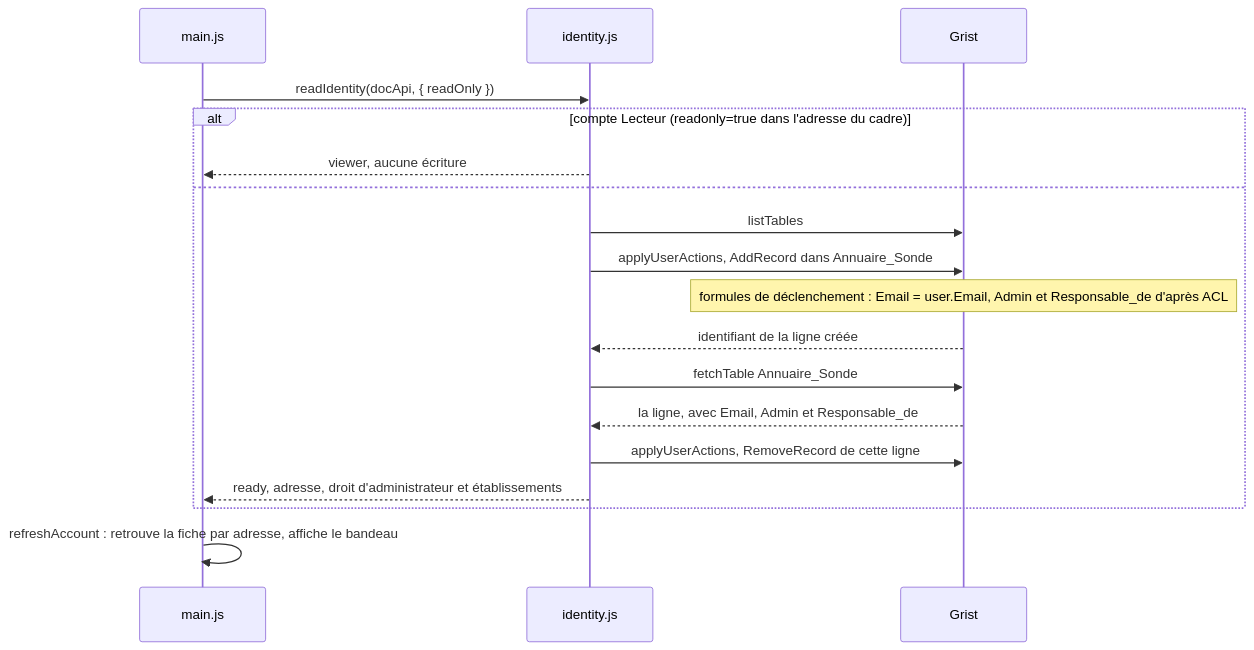
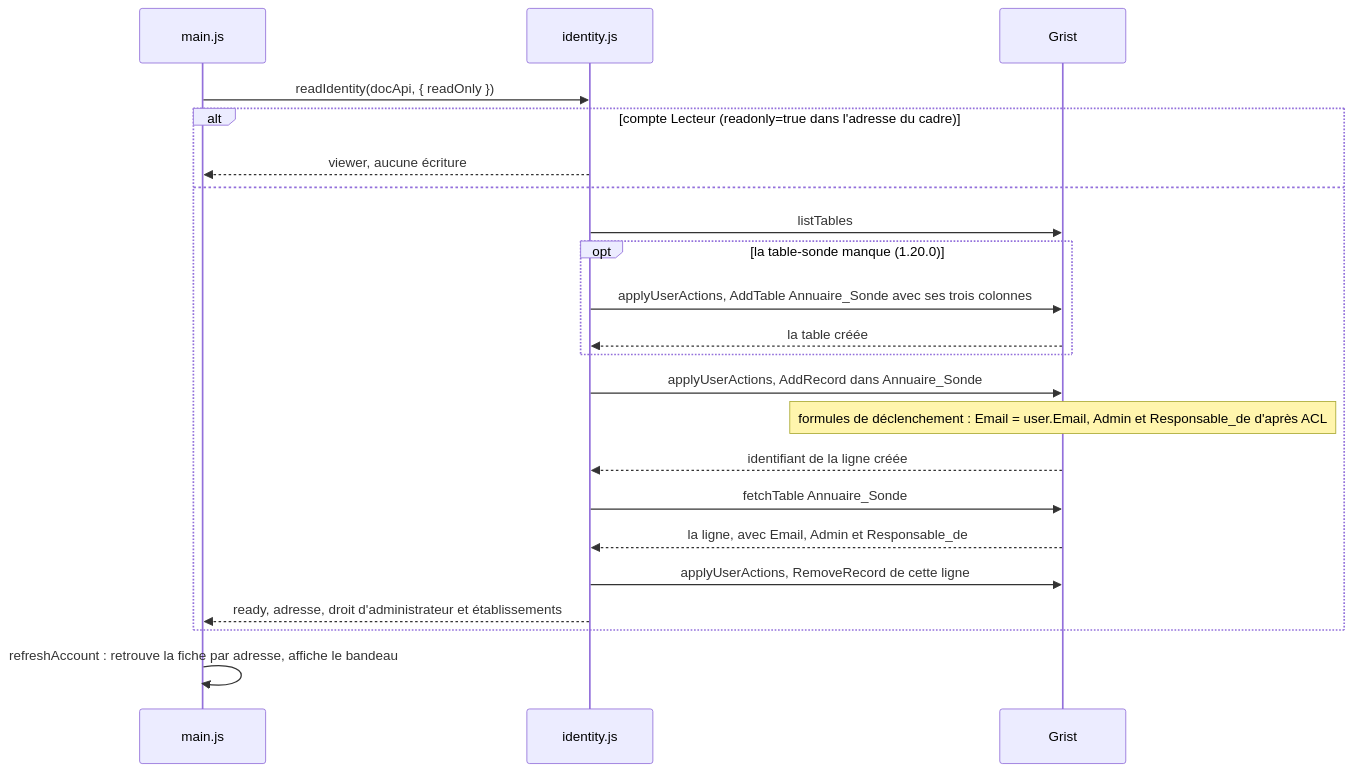
Before and after one commit to lombre33/Annuaire_PUI_Bordeaux: the fifth of 7 diagrams in docs/developpeurs.md, drawn with Mermaid. The commit also changed other lines of this file and 10 other files, not shown here.

````diff
--- a/docs/developpeurs.md
+++ b/docs/developpeurs.md
@@ -359,20 +365,24 @@
 ```mermaid
 sequenceDiagram
     participant M as main.js
     participant I as identity.js
     participant G as Grist
     M->>I: readIdentity(docApi, { readOnly })
     alt compte Lecteur (readonly=true dans l'adresse du cadre)
         I-->>M: viewer, aucune écriture
     else
         I->>G: listTables
+        opt la table-sonde manque (1.20.0)
+            I->>G: applyUserActions, AddTable Annuaire_Sonde avec ses trois colonnes
+            G-->>I: la table créée
+        end
         I->>G: applyUserActions, AddRecord dans Annuaire_Sonde
         Note over G: formules de déclenchement : Email = user.Email, Admin et Responsable_de d'après ACL
         G-->>I: identifiant de la ligne créée
         I->>G: fetchTable Annuaire_Sonde
         G-->>I: la ligne, avec Email, Admin et Responsable_de
         I->>G: applyUserActions, RemoveRecord de cette ligne
         I-->>M: ready, adresse, droit d'administrateur et établissements
     end
     M->>M: refreshAccount : retrouve la fiche par adresse, affiche le bandeau
 ```
````
